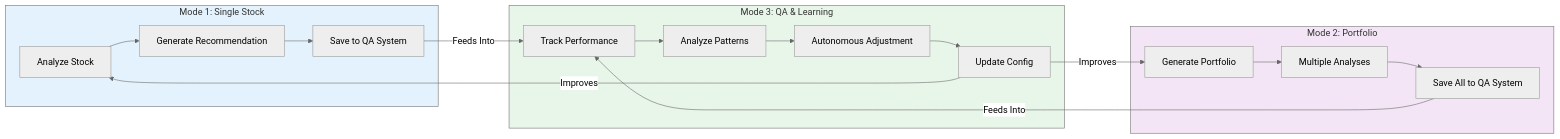
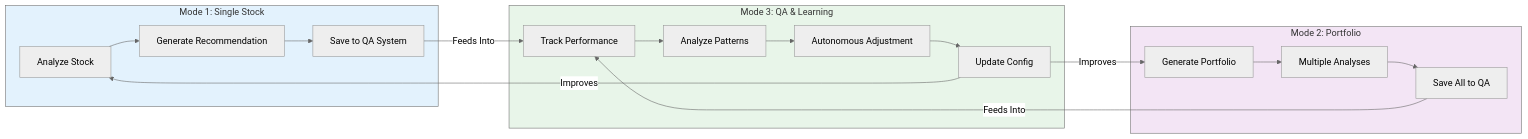
Before and after one commit to yaboibean2/Wharton: the fifth of 6 diagrams in SYSTEM_FLOW_DIAGRAMS.md, drawn with Mermaid (neutral theme). The commit also changed other lines of this file, not shown here.

First line of the commit message:
Fix Mermaid.js syntax: Remove HTML tags for GitHub compatibility

````diff
--- a/SYSTEM_FLOW_DIAGRAMS.md
+++ b/SYSTEM_FLOW_DIAGRAMS.md
@@ -560,27 +346,27 @@
 ```mermaid
 graph LR
     subgraph Mode1[Mode 1: Single Stock]
         A1[Analyze Stock] --> A2[Generate Recommendation]
         A2 --> A3[Save to QA System]
     end
     
     subgraph Mode2[Mode 2: Portfolio]
         B1[Generate Portfolio] --> B2[Multiple Analyses]
-        B2 --> B3[Save All to QA System]
+        B2 --> B3[Save All to QA]
     end
     
     subgraph Mode3[Mode 3: QA & Learning]
         C1[Track Performance] --> C2[Analyze Patterns]
         C2 --> C3[Autonomous Adjustment]
         C3 --> C4[Update Config]
     end
     
     A3 -->|Feeds Into| C1
     B3 -->|Feeds Into| C1
     C4 -->|Improves| A1
     C4 -->|Improves| B1
     
     style Mode1 fill:#e3f2fd
     style Mode2 fill:#f3e5f5
     style Mode3 fill:#e8f5e9
 ```
````
